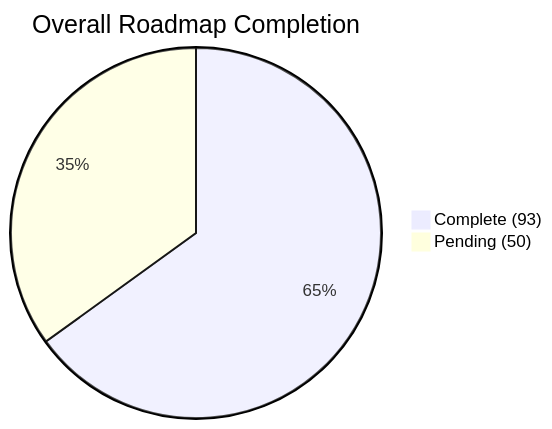
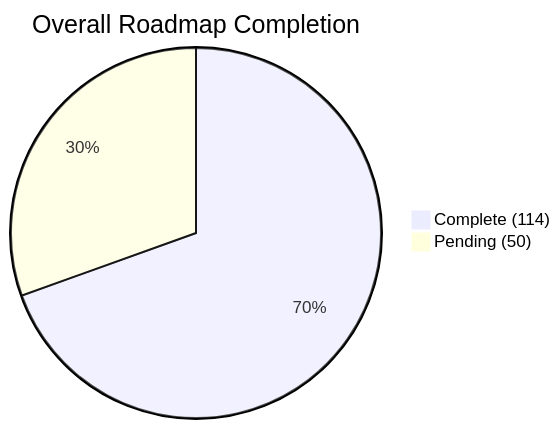
Before and after one commit to J3DI-19/Sentinel: the first of 14 diagrams in docs/Completion_Report_2026-09-06.md, drawn with Mermaid. The commit also changed other lines of this file and 2 other files, not shown here.

Commit message:
docs: reconcile roadmap and contributions

````diff
--- a/docs/Completion_Report_2026-09-06.md
+++ b/docs/Completion_Report_2026-09-06.md
@@ -22,5 +28,5 @@
 ```mermaid
 pie title Overall Roadmap Completion
-    "Complete (93)" : 93
+    "Complete (114)" : 114
     "Pending (50)" : 50
 ```
````
